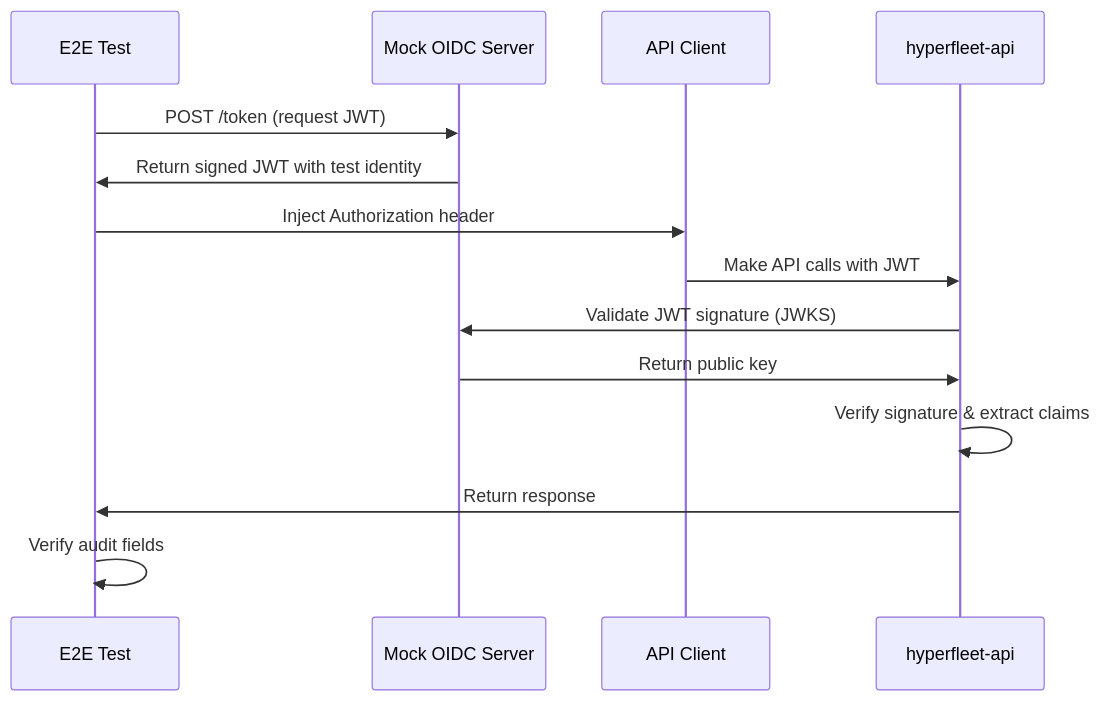
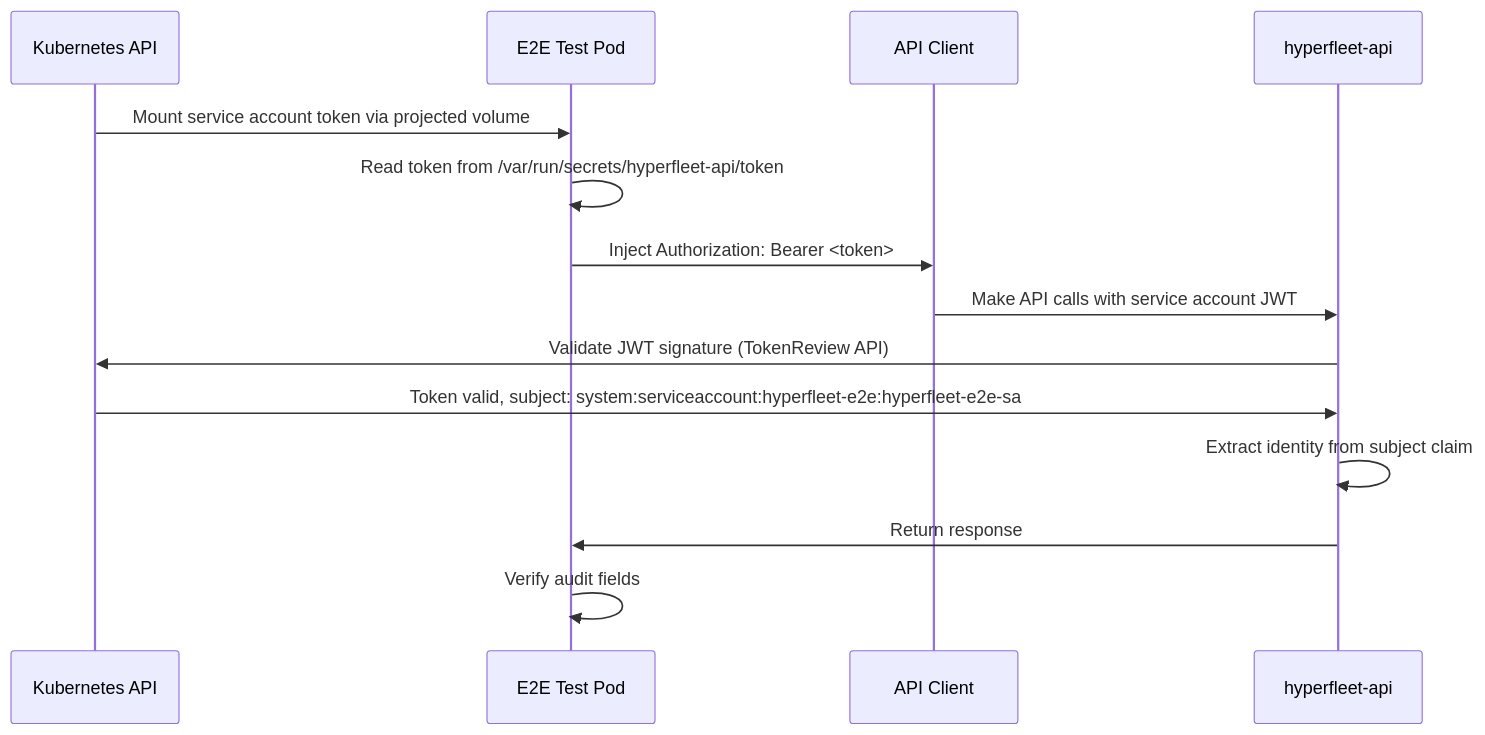
Before and after one commit to ldornele/architecture: the second of 2 diagrams in hyperfleet/adrs/0018-e2e-jwt-tls-architecture.md, drawn with Mermaid. The commit also changed other lines of this file, not shown here.

Commit message:
HYPERFLEET-1235 - docs: use service account tokens for E2E JWT auth

````diff
--- a/hyperfleet/adrs/0018-e2e-jwt-tls-architecture.md
+++ b/hyperfleet/adrs/0018-e2e-jwt-tls-architecture.md
@@ -57,17 +90,17 @@
 ```mermaid
 sequenceDiagram
-    participant Test as E2E Test
-    participant OIDC as Mock OIDC Server
+    participant K8s as Kubernetes API
+    participant Test as E2E Test Pod
     participant Client as API Client
     participant API as hyperfleet-api
 
-    Test->>OIDC: POST /token (request JWT)
-    OIDC->>Test: Return signed JWT with test identity
-    Test->>Client: Inject Authorization header
-    Client->>API: Make API calls with JWT
-    API->>OIDC: Validate JWT signature (JWKS)
-    OIDC->>API: Return public key
-    API->>API: Verify signature & extract claims
+    K8s->>Test: Mount service account token via projected volume
+    Test->>Test: Read token from /var/run/secrets/hyperfleet-api/token
+    Test->>Client: Inject Authorization: Bearer <token>
+    Client->>API: Make API calls with service account JWT
+    API->>K8s: Validate JWT signature (TokenReview API)
+    K8s->>API: Token valid, subject: system:serviceaccount:hyperfleet-e2e:hyperfleet-e2e-sa
+    API->>API: Extract identity from subject claim
     API->>Test: Return response
     Test->>Test: Verify audit fields
 ```
````
